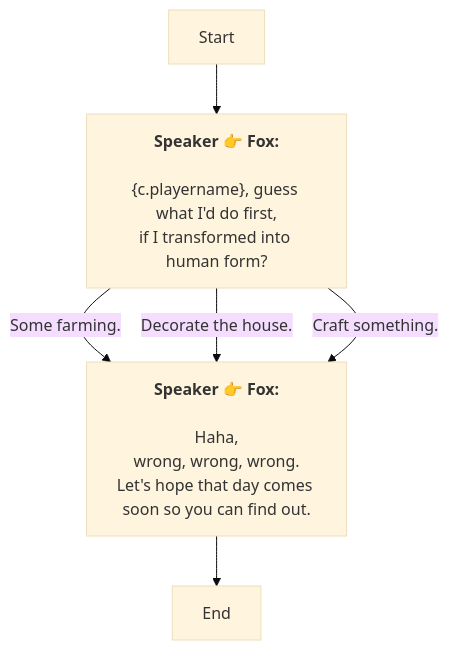
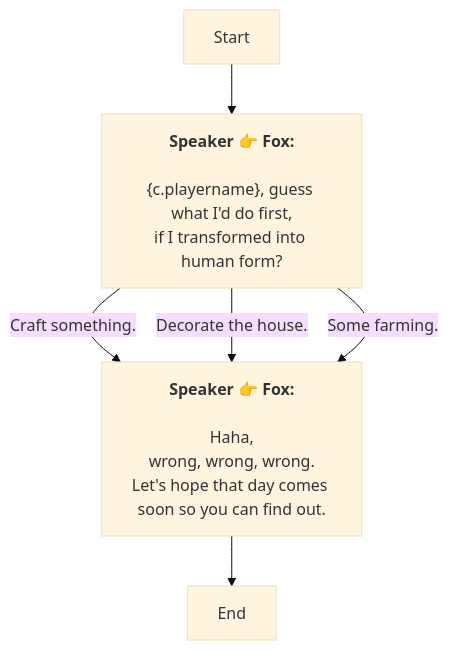
The diagram in En/AddDialogNode_1738541867360458.md (SoftHu/tos_avg), drawn with Mermaid (base theme) before and after one commit. The commit also changed other lines of this file and 780 other files, not shown here.

````diff
--- a/En/AddDialogNode_1738541867360458.md
+++ b/En/AddDialogNode_1738541867360458.md
@@ -1,20 +1,20 @@
 ```mermaid
 graph
 Start -->1738541912862925[<b>Speaker 👉 Fox:</b>
 \n&lbrace;c.playername&rbrace;, guess what I'd do first,
 if I transformed into human form?]
-1738541912862925 -->|Some farming.|1738542038299861[<b>Speaker 👉 Fox:</b>
+1738541912862925 -->|Craft something.|1738542038299861[<b>Speaker 👉 Fox:</b>
 \nHaha,
 wrong, wrong, wrong.
 Let's hope that day comes soon so you can find out.]
 1738541912862925 -->|Decorate the house.|1738542038299861[<b>Speaker 👉 Fox:</b>
 \nHaha,
 wrong, wrong, wrong.
 Let's hope that day comes soon so you can find out.]
-1738541912862925 -->|Craft something.|1738542038299861[<b>Speaker 👉 Fox:</b>
+1738541912862925 -->|Some farming.|1738542038299861[<b>Speaker 👉 Fox:</b>
 \nHaha,
 wrong, wrong, wrong.
 Let's hope that day comes soon so you can find out.]
 1738542038299861 -->1738542067698902[End]
 
 ```
````
